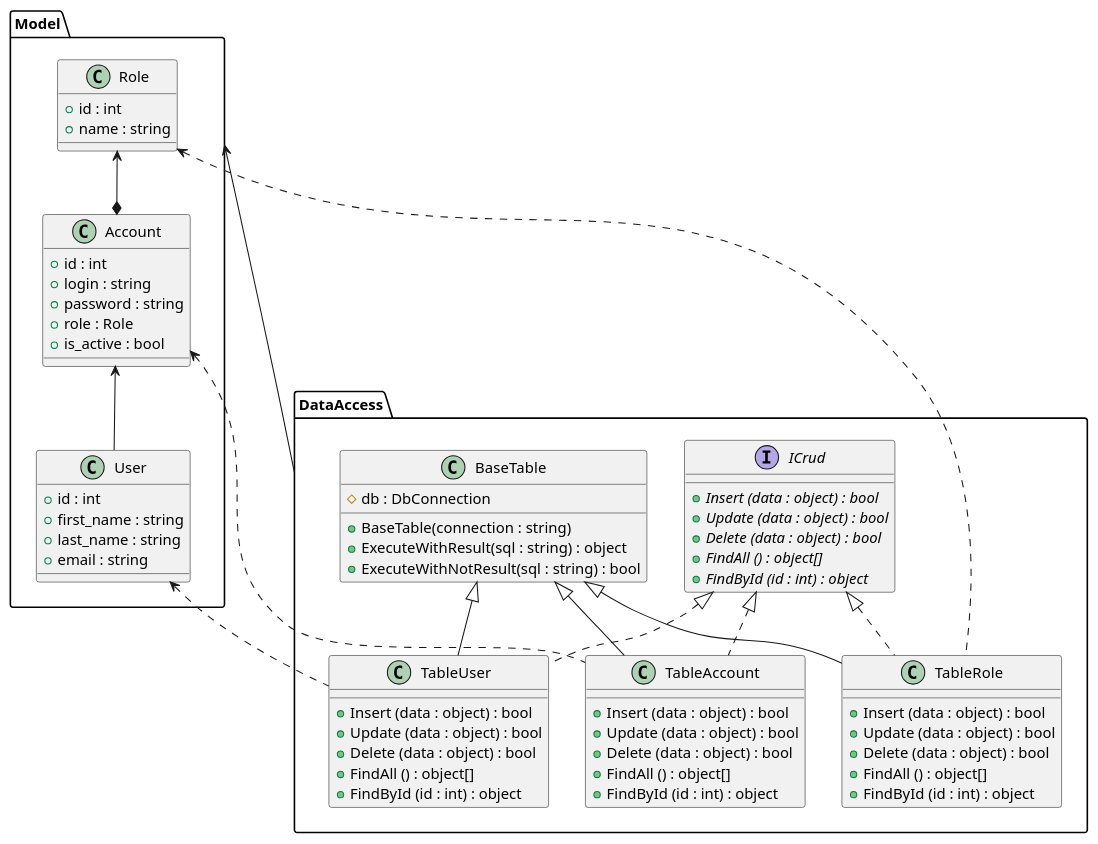
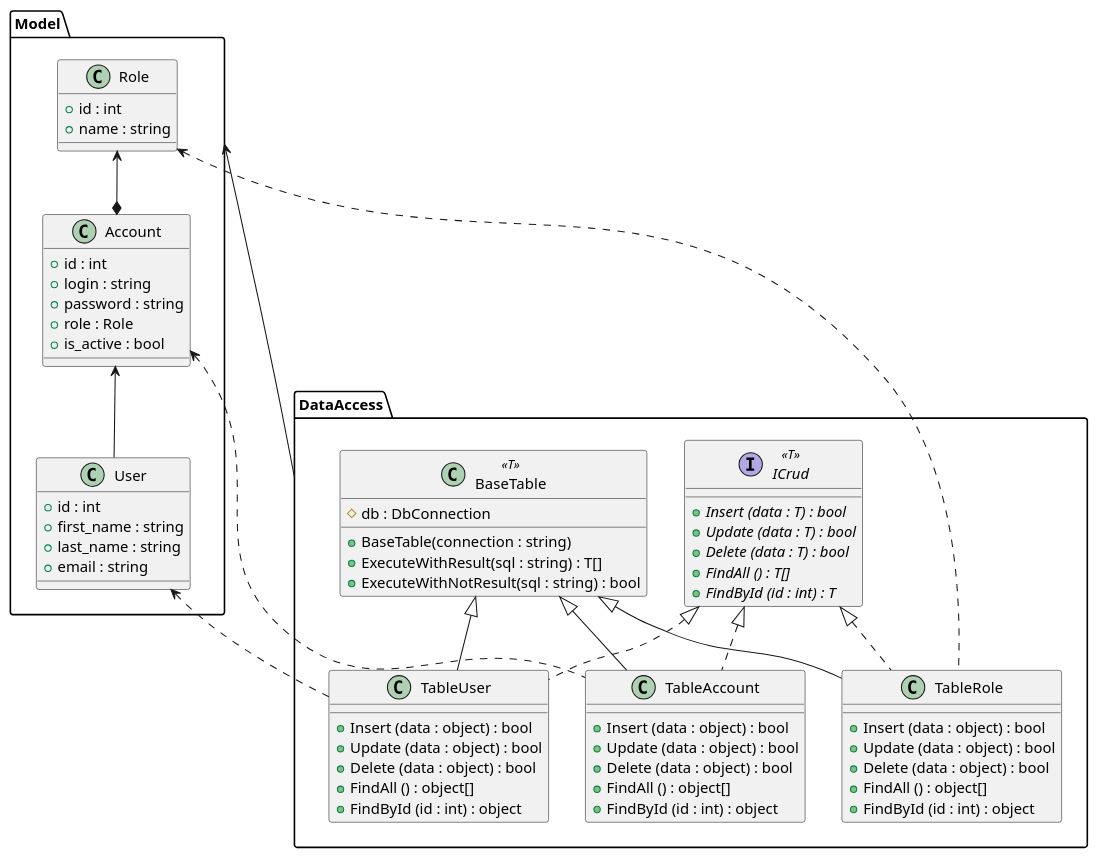
The diagram in DapperDemo.Model/class_diagram.puml (anst-foto/DapperDemo), drawn with PlantUML before and after one commit. The commit also changed 1 other file, not shown here.

Commit message:
Обновление диаграммы классов

```diff
--- a/DapperDemo.Model/class_diagram.puml
+++ b/DapperDemo.Model/class_diagram.puml
@@ -1,79 +1,79 @@
 @startuml
 'https://plantuml.com/class-diagram
 package Model {
     class Role {
         + id : int
         + name : string
     }
     
     Role <--* Account
     class Account {
         + id : int
         + login : string
         + password : string
         + role : Role
         + is_active : bool
     }
     
     Account <-- User
     class User {
         + id : int
         + first_name : string
         + last_name : string
         + email : string
     }
 }
 
 Model <-- DataAccess
 package DataAccess {
-    interface ICrud {
-        + {abstract} Insert (data : object) : bool
-        + {abstract} Update (data : object) : bool
-        + {abstract} Delete (data : object) : bool
-        + {abstract} FindAll () : object[]
-        + {abstract} FindById (id : int) : object
+    interface ICrud<<T>> {
+        + {abstract} Insert (data : T) : bool
+        + {abstract} Update (data : T) : bool
+        + {abstract} Delete (data : T) : bool
+        + {abstract} FindAll () : T[]
+        + {abstract} FindById (id : int) : T
     }
     
-    class BaseTable {
+    class BaseTable<<T>> {
         # db : DbConnection
         + BaseTable(connection : string)
-        + ExecuteWithResult(sql : string) : object        
+        + ExecuteWithResult(sql : string) : T[]        
         + ExecuteWithNotResult(sql : string) : bool        
     }
     
     Role <.. TableRole
     ICrud <|.. TableRole
     BaseTable <|-- TableRole
     class TableRole {
         + Insert (data : object) : bool
         + Update (data : object) : bool
         + Delete (data : object) : bool
         + FindAll () : object[]
         + FindById (id : int) : object
     }
     
     Account <.. TableAccount
     ICrud <|.. TableAccount
     BaseTable <|-- TableAccount
     class TableAccount {
         + Insert (data : object) : bool
         + Update (data : object) : bool
         + Delete (data : object) : bool
         + FindAll () : object[]
         + FindById (id : int) : object
     }
     
     User <.. TableUser
     ICrud <|.. TableUser
     BaseTable <|-- TableUser
     class TableUser {
         + Insert (data : object) : bool
         + Update (data : object) : bool
         + Delete (data : object) : bool
         + FindAll () : object[]
         + FindById (id : int) : object
     }
 }
 
 
 @enduml
```
